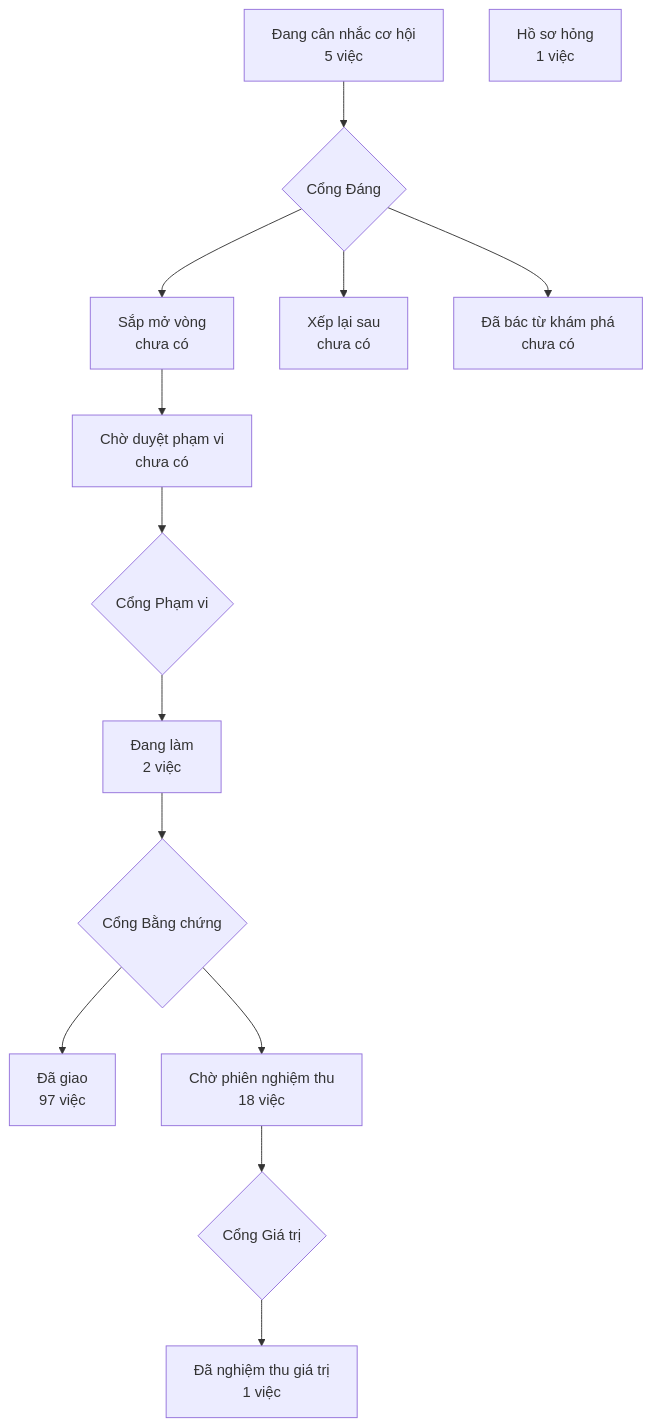
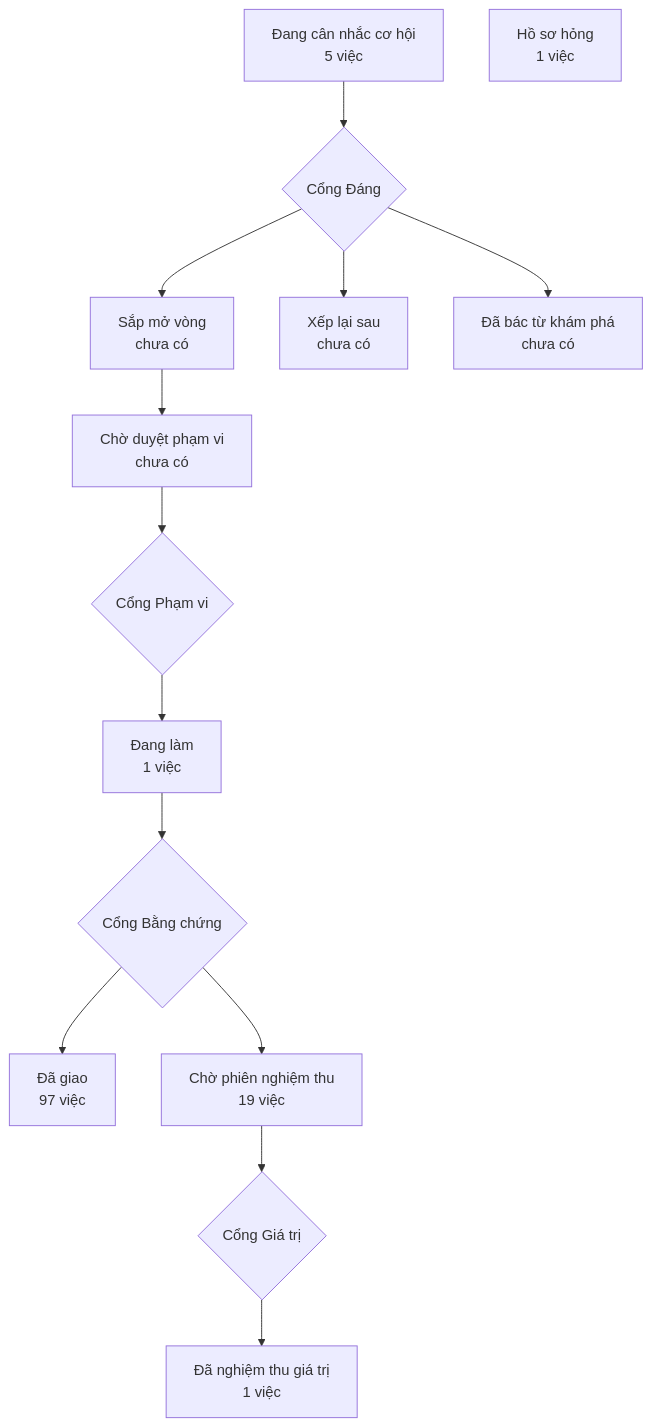
The diagram in PRODUCT-MAP.md (phanlemanh/crm-onehub), drawn with Mermaid before and after one commit. The commit also changed 3 other files, not shown here.

````diff
--- a/PRODUCT-MAP.md
+++ b/PRODUCT-MAP.md
@@ -6,13 +6,13 @@
 ```mermaid
 flowchart TD
   A["Đang cân nhắc cơ hội<br/>5 việc"] --> GD{"Cổng Đáng"}
   GD --> B["Sắp mở vòng<br/>chưa có"]
   GD --> XL["Xếp lại sau<br/>chưa có"]
   GD --> DB["Đã bác từ khám phá<br/>chưa có"]
   B --> CD["Chờ duyệt phạm vi<br/>chưa có"] --> GP{"Cổng Phạm vi"}
-  GP --> DL["Đang làm<br/>2 việc"] --> GB{"Cổng Bằng chứng"}
+  GP --> DL["Đang làm<br/>1 việc"] --> GB{"Cổng Bằng chứng"}
   GB --> DG["Đã giao<br/>97 việc"]
-  GB --> CN["Chờ phiên nghiệm thu<br/>18 việc"] --> GG{"Cổng Giá trị"}
+  GB --> CN["Chờ phiên nghiệm thu<br/>19 việc"] --> GG{"Cổng Giá trị"}
   GG --> NT["Đã nghiệm thu giá trị<br/>1 việc"]
   HS["Hồ sơ hỏng<br/>1 việc"]
 ```
````
